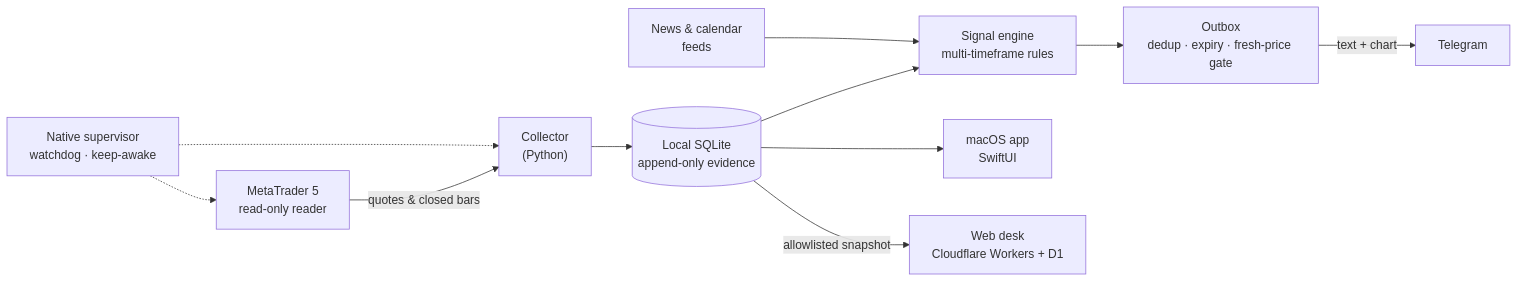
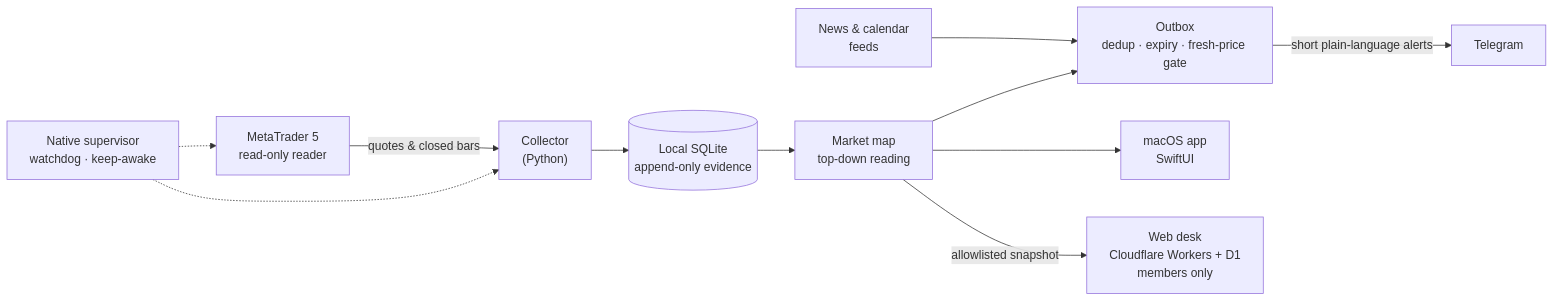
Before and after one commit to mcsmajor/AITradingAssistant-Showcase: the diagram in README.md, drawn with Mermaid. The commit also changed other lines of this file and 7 other files, not shown here.

Commit message:
Showcase: market map, beginner explanations, members-only web, new screenshots

````diff
--- a/README.md
+++ b/README.md
@@ -66,13 +110,13 @@
 ```mermaid
 flowchart LR
     MT5["MetaTrader 5<br/>read-only reader"] -->|quotes & closed bars| COL["Collector<br/>(Python)"]
     COL --> DB[("Local SQLite<br/>append-only evidence")]
-    DB --> ENG["Signal engine<br/>multi-timeframe rules"]
-    NEWS["News & calendar<br/>feeds"] --> ENG
-    ENG --> OUT["Outbox<br/>dedup · expiry · fresh-price gate"]
-    OUT -->|text + chart| TG["Telegram"]
-    DB --> APP["macOS app<br/>SwiftUI"]
-    DB -->|allowlisted snapshot| WEB["Web desk<br/>Cloudflare Workers + D1"]
+    DB --> MAP["Market map<br/>top-down reading"]
+    NEWS["News & calendar<br/>feeds"] --> OUT
+    MAP --> OUT["Outbox<br/>dedup · expiry · fresh-price gate"]
+    OUT -->|short plain-language alerts| TG["Telegram"]
+    MAP --> APP["macOS app<br/>SwiftUI"]
+    MAP -->|allowlisted snapshot| WEB["Web desk<br/>Cloudflare Workers + D1<br/>members only"]
     SUP["Native supervisor<br/>watchdog · keep-awake"] -.-> COL
     SUP -.-> MT5
 ```
````
